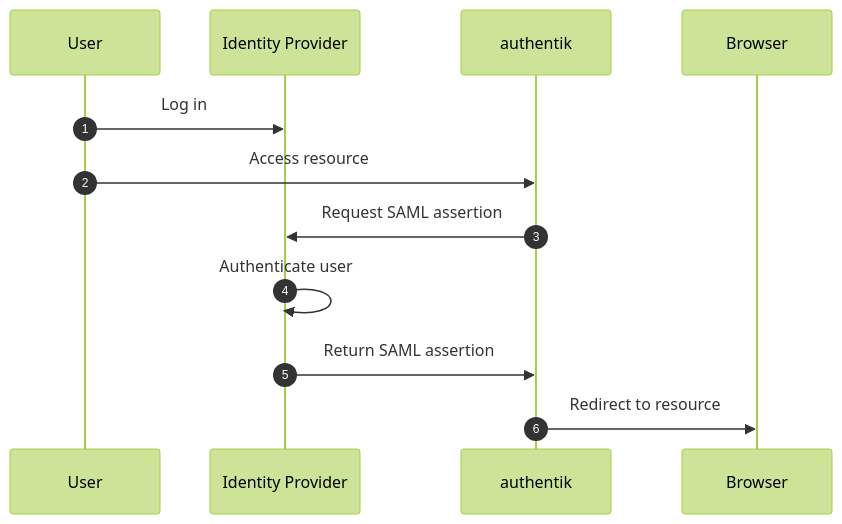
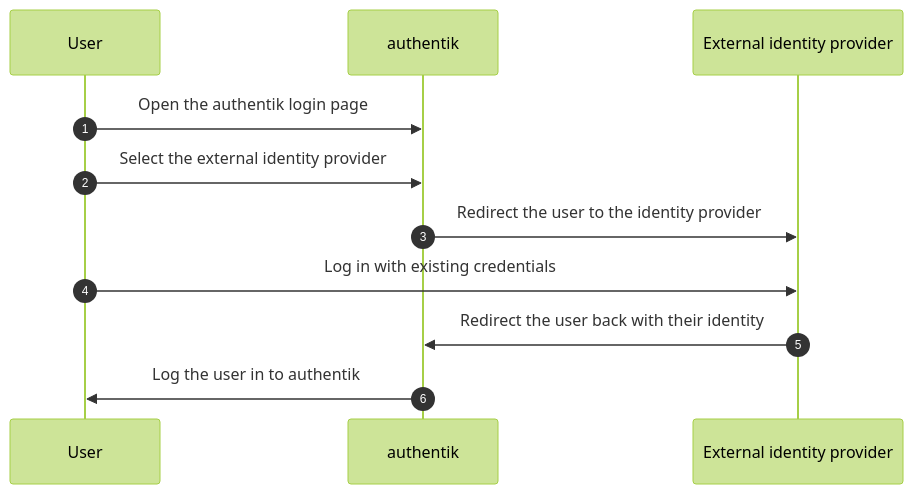
The diagram in website/docs/users-sources/sources/social-logins/index.mdx (goauthentik/authentik), drawn with Mermaid (forest theme) before and after one commit. The commit also changed other lines of this file and 41 other files, not shown here.

````diff
--- a/website/docs/users-sources/sources/social-logins/index.mdx
+++ b/website/docs/users-sources/sources/social-logins/index.mdx
@@ -15,15 +20,14 @@
 ```mermaid
 sequenceDiagram
     autonumber
     participant User
-    participant IdP as Identity Provider
-    participant SP as authentik
-    participant Browser
+    participant authentik
+    participant IdP as External identity provider
 
-    User->>IdP: Log in
-    User->>SP: Access resource
-    SP->>IdP: Request SAML assertion
-    IdP->>IdP: Authenticate user
-    IdP->>SP: Return SAML assertion
-    SP->>Browser: Redirect to resource
+    User->>authentik: Open the authentik login page
+    User->>authentik: Select the external identity provider
+    authentik->>IdP: Redirect the user to the identity provider
+    User->>IdP: Log in with existing credentials
+    IdP->>authentik: Redirect the user back with their identity
+    authentik->>User: Log the user in to authentik
 ```
````
